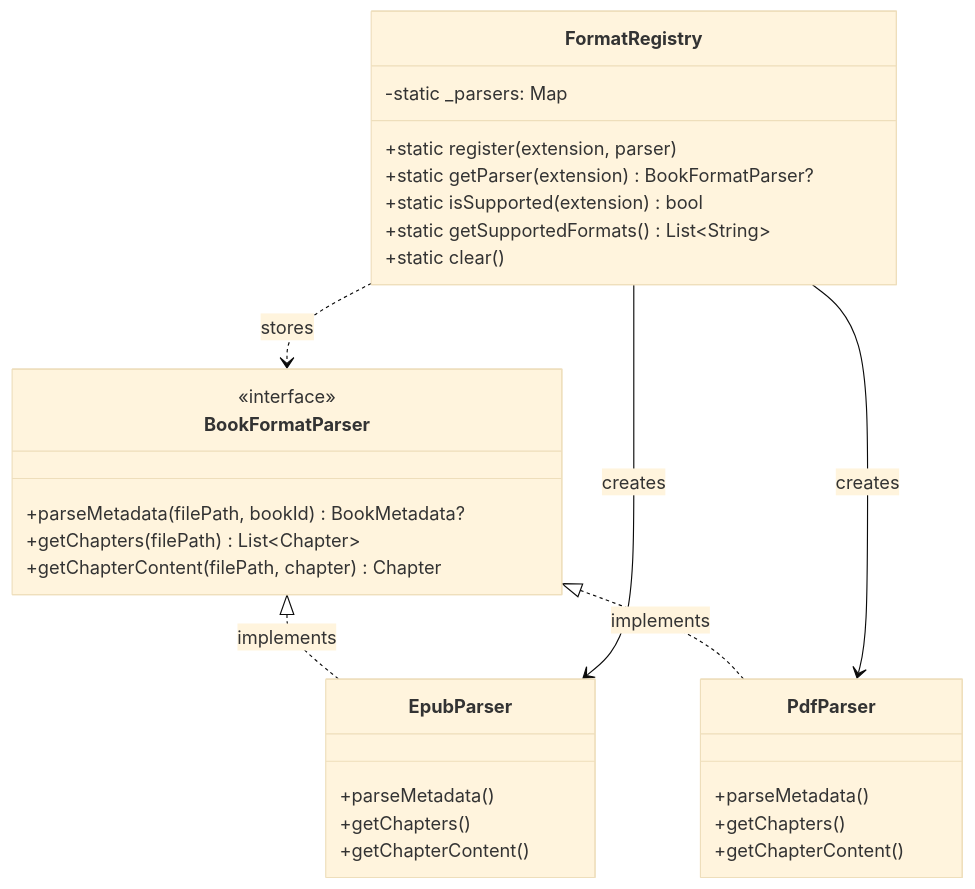
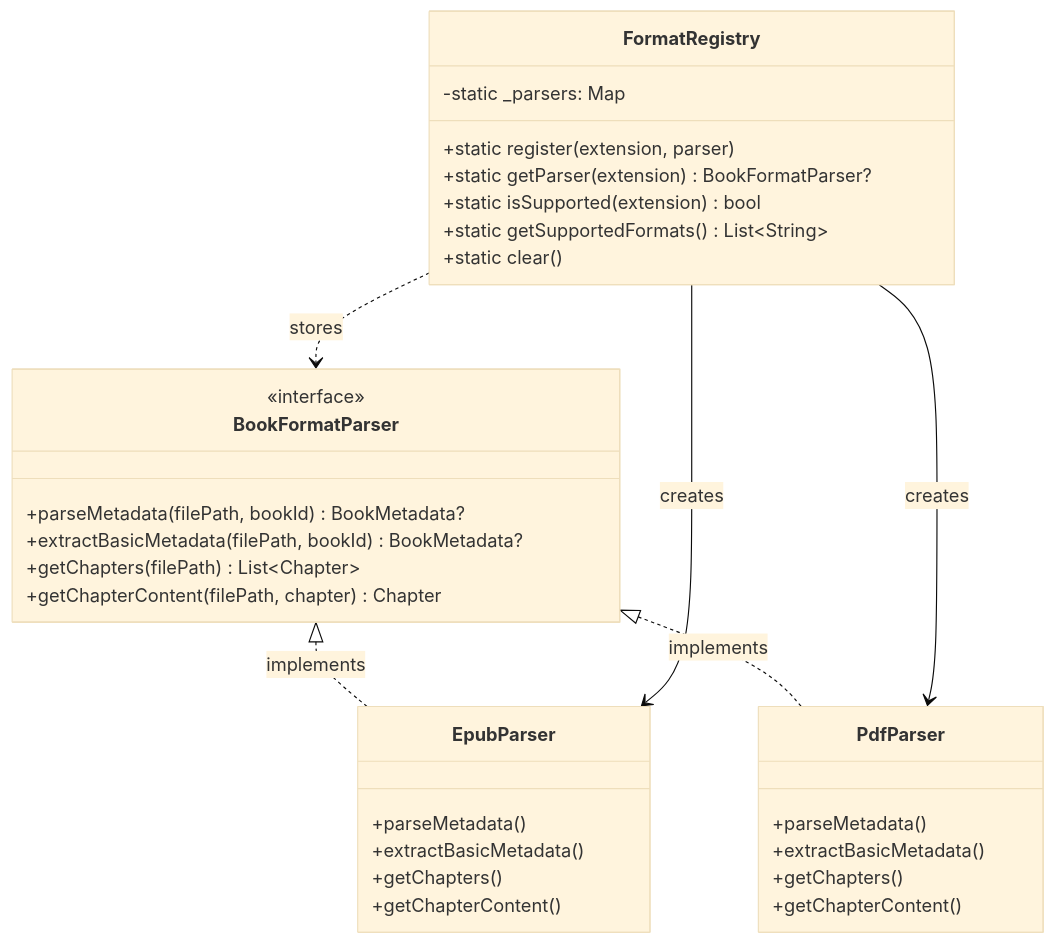
Before and after one commit to jjzhang2000/zhidu: the tenth of 11 diagrams in docs/function_call_relationships_visual.md, drawn with Mermaid (base theme). The commit also changed other lines of this file and 49 other files, not shown here.

````diff
--- a/docs/function_call_relationships_visual.md
+++ b/docs/function_call_relationships_visual.md
@@ -459,36 +465,39 @@
 ```mermaid
 classDiagram
     class BookFormatParser {
         <<interface>>
         +parseMetadata(filePath, bookId) BookMetadata?
+        +extractBasicMetadata(filePath, bookId) BookMetadata?
         +getChapters(filePath) List~Chapter~
         +getChapterContent(filePath, chapter) Chapter
     }
 
     class EpubParser {
         +parseMetadata()
+        +extractBasicMetadata()
         +getChapters()
         +getChapterContent()
     }
 
     class PdfParser {
         +parseMetadata()
+        +extractBasicMetadata()
         +getChapters()
         +getChapterContent()
     }
 
     class FormatRegistry {
         -static _parsers: Map
         +static register(extension, parser)
         +static getParser(extension) BookFormatParser?
         +static isSupported(extension) bool
         +static getSupportedFormats() List~String~
         +static clear()
     }
 
     BookFormatParser <|.. EpubParser : implements
     BookFormatParser <|.. PdfParser : implements
     FormatRegistry ..> BookFormatParser : stores
     FormatRegistry --> EpubParser : creates
     FormatRegistry --> PdfParser : creates
 ```
````
